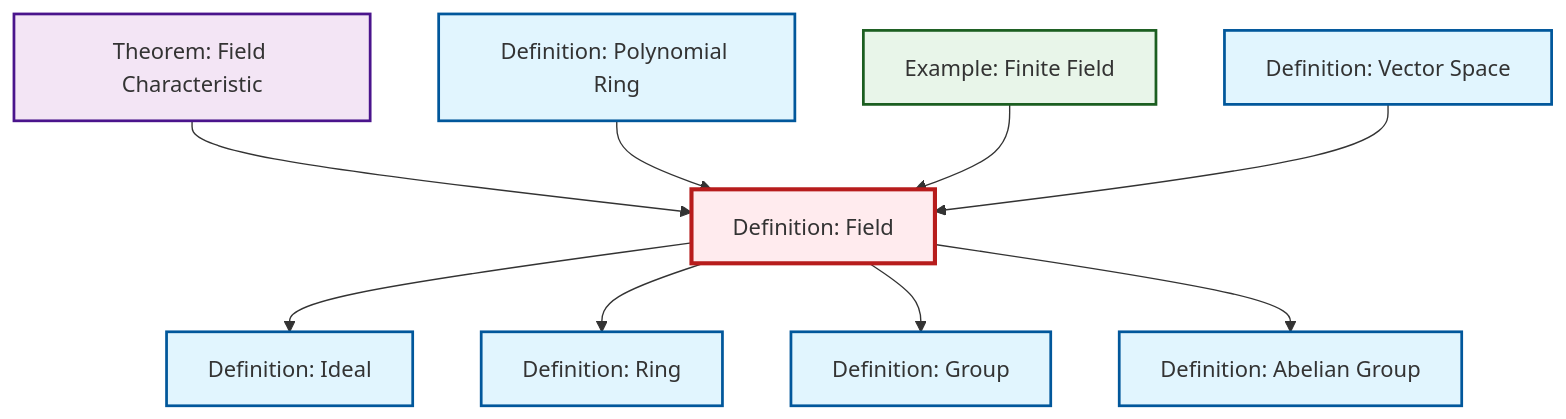
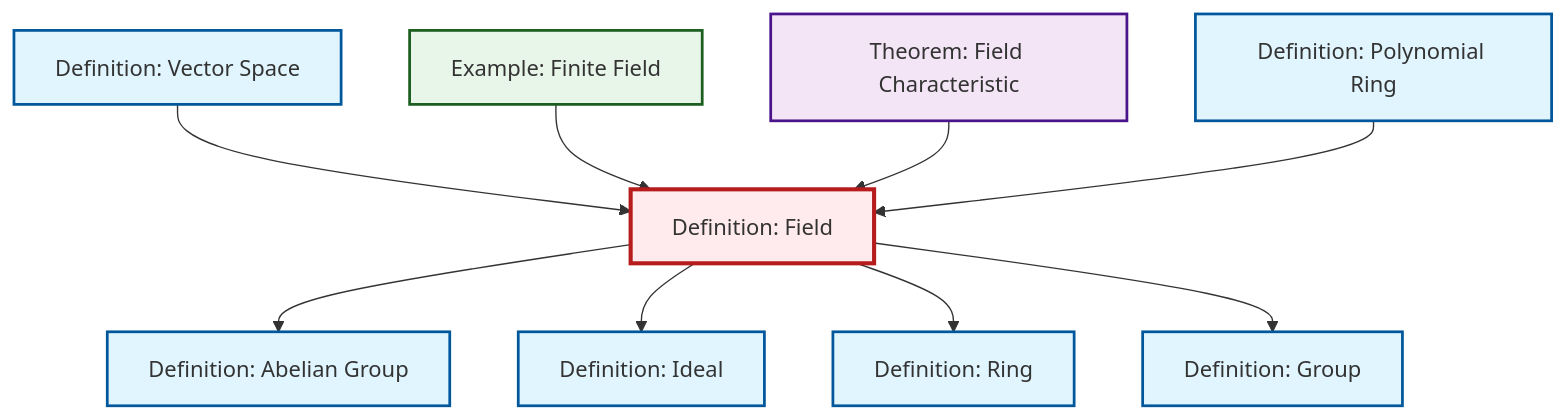
The diagram in content/ja/algebra/def-field.qmd (RK0429/ModernMath), drawn with Mermaid before and after one commit. The commit also changed other lines of this file and 360 other files, not shown here.

````diff
--- a/content/ja/algebra/def-field.qmd
+++ b/content/ja/algebra/def-field.qmd
@@ -58,35 +58,35 @@
 ```{mermaid}
 %%| fig-cap: "Local dependency graph"
 graph TD
     classDef definition fill:#e1f5fe,stroke:#01579b,stroke-width:2px
     classDef theorem fill:#f3e5f5,stroke:#4a148c,stroke-width:2px
     classDef axiom fill:#fff3e0,stroke:#e65100,stroke-width:2px
     classDef example fill:#e8f5e9,stroke:#1b5e20,stroke-width:2px
     classDef current fill:#ffebee,stroke:#b71c1c,stroke-width:3px
+    thm-field-characteristic["Theorem: Field Characteristic"]:::theorem
     def-abelian-group["Definition: Abelian Group"]:::definition
+    def-ideal["Definition: Ideal"]:::definition
+    def-field["Definition: Field"]:::definition
     ex-finite-field["Example: Finite Field"]:::example
-    def-field["Definition: Field"]:::definition
+    def-vector-space["Definition: Vector Space"]:::definition
+    def-polynomial-ring["Definition: Polynomial Ring"]:::definition
     def-group["Definition: Group"]:::definition
-    def-ideal["Definition: Ideal"]:::definition
-    def-polynomial-ring["Definition: Polynomial Ring"]:::definition
-    def-vector-space["Definition: Vector Space"]:::definition
     def-ring["Definition: Ring"]:::definition
-    thm-field-characteristic["Theorem: Field Characteristic"]:::theorem
-    thm-field-characteristic --> def-field
-    def-polynomial-ring --> def-field
+    def-vector-space --> def-field
+    def-field --> def-abelian-group
     ex-finite-field --> def-field
     def-field --> def-ideal
+    thm-field-characteristic --> def-field
     def-field --> def-ring
-    def-vector-space --> def-field
     def-field --> def-group
-    def-field --> def-abelian-group
+    def-polynomial-ring --> def-field
     class def-field current
+    click thm-field-characteristic "thm-field-characteristic.html" "Theorem: Field Characteristicへ"
     click def-abelian-group "def-abelian-group.html" "Definition: Abelian Groupへ"
+    click def-ideal "def-ideal.html" "Definition: Idealへ"
     click ex-finite-field "ex-finite-field.html" "Example: Finite Fieldへ"
+    click def-vector-space "def-vector-space.html" "Definition: Vector Spaceへ"
+    click def-polynomial-ring "def-polynomial-ring.html" "Definition: Polynomial Ringへ"
     click def-group "def-group.html" "Definition: Groupへ"
-    click def-ideal "def-ideal.html" "Definition: Idealへ"
-    click def-polynomial-ring "def-polynomial-ring.html" "Definition: Polynomial Ringへ"
-    click def-vector-space "def-vector-space.html" "Definition: Vector Spaceへ"
     click def-ring "def-ring.html" "Definition: Ringへ"
-    click thm-field-characteristic "thm-field-characteristic.html" "Theorem: Field Characteristicへ"
 ```
````
